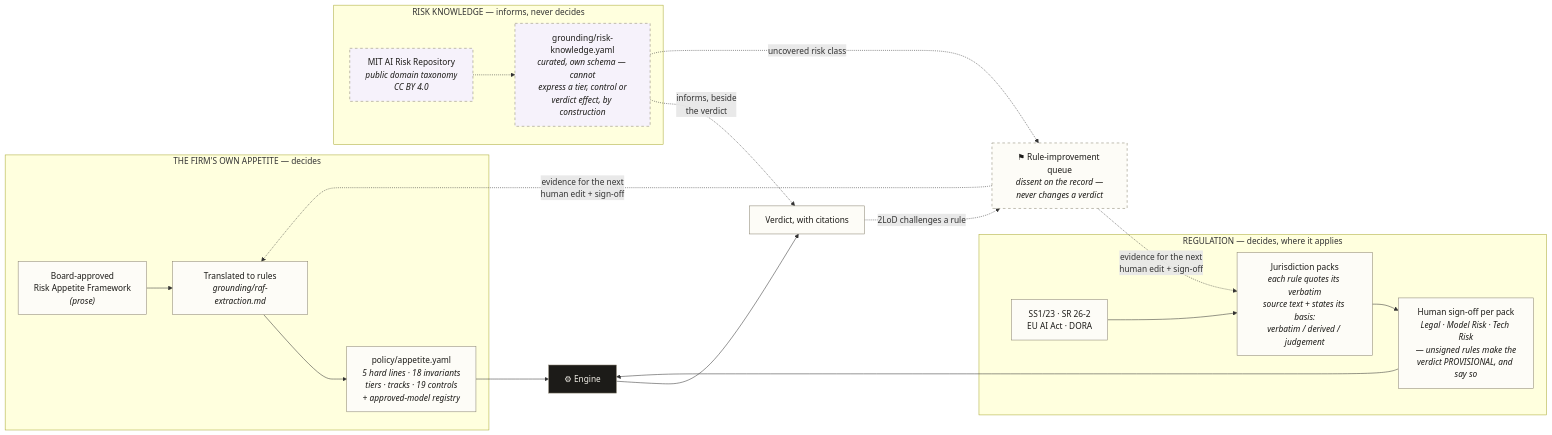
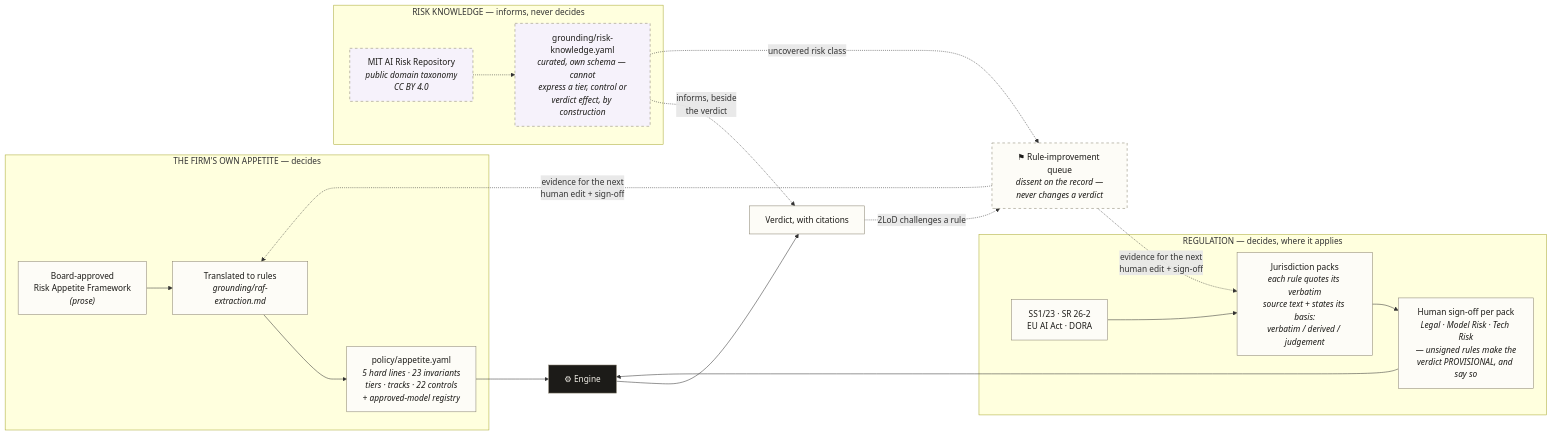
The first of 2 diagrams in README.md (oza977-max/ai-raf-precheck), drawn with Mermaid before and after one commit. The commit also changed other lines of this file and 6 other files, not shown here.

````diff
--- a/README.md
+++ b/README.md
@@ -121,32 +146,32 @@
 ```mermaid
 flowchart LR
     subgraph firm["THE FIRM'S OWN APPETITE — decides"]
         RAF["Board-approved<br/>Risk Appetite Framework<br/><i>(prose)</i>"] --> EX["Translated to rules<br/><i>grounding/raf-extraction.md</i>"]
-        EX --> POL["policy/appetite.yaml<br/><i>5 hard lines · 18 invariants<br/>tiers · tracks · 19 controls<br/>+ approved-model registry</i>"]
+        EX --> POL["policy/appetite.yaml<br/><i>5 hard lines · 23 invariants<br/>tiers · tracks · 22 controls<br/>+ approved-model registry</i>"]
     end
 
     subgraph reg["REGULATION — decides, where it applies"]
         LAW["SS1/23 · SR 26-2<br/>EU AI Act · DORA"] --> PACK["Jurisdiction packs<br/><i>each rule quotes its verbatim<br/>source text + states its basis:<br/>verbatim / derived / judgement</i>"]
         PACK --> SIGN["Human sign-off per pack<br/><i>Legal · Model Risk · Tech Risk<br/>— unsigned rules make the<br/>verdict PROVISIONAL, and say so</i>"]
     end
 
     POL --> ENGINE["⚙ Engine"]
     SIGN --> ENGINE
     ENGINE --> V["Verdict, with citations"]
 
     V -.->|"2LoD challenges a rule"| Q["⚑ Rule-improvement queue<br/><i>dissent on the record —<br/>never changes a verdict</i>"]
     Q -.->|"evidence for the next<br/>human edit + sign-off"| EX
     Q -.->|"evidence for the next<br/>human edit + sign-off"| PACK
 
     subgraph know["RISK KNOWLEDGE — informs, never decides"]
         MIT["MIT AI Risk Repository<br/><i>public domain taxonomy<br/>CC BY 4.0</i>"] -.-> LENS["grounding/risk-knowledge.yaml<br/><i>curated, own schema — cannot<br/>express a tier, control or<br/>verdict effect, by construction</i>"]
     end
     LENS -.->|"informs, beside<br/>the verdict"| V
     LENS -.->|"uncovered risk class"| Q
 
     classDef default fill:#fdfcf7,stroke:#8a8371,color:#1c1b18
     style ENGINE fill:#1c1b18,color:#f3f0e8
     style Q stroke-dasharray: 5 5,fill:#fdfcf7,color:#1c1b18
     style LENS stroke-dasharray: 5 5,fill:#f6f2fb,color:#1c1b18
     style MIT stroke-dasharray: 5 5,fill:#f6f2fb,color:#1c1b18
 ```
````
